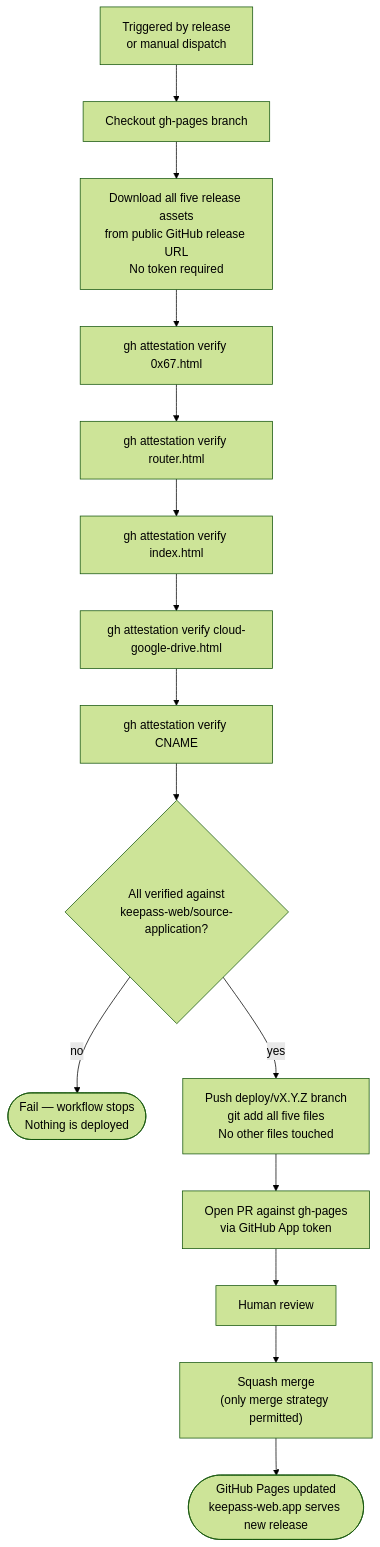
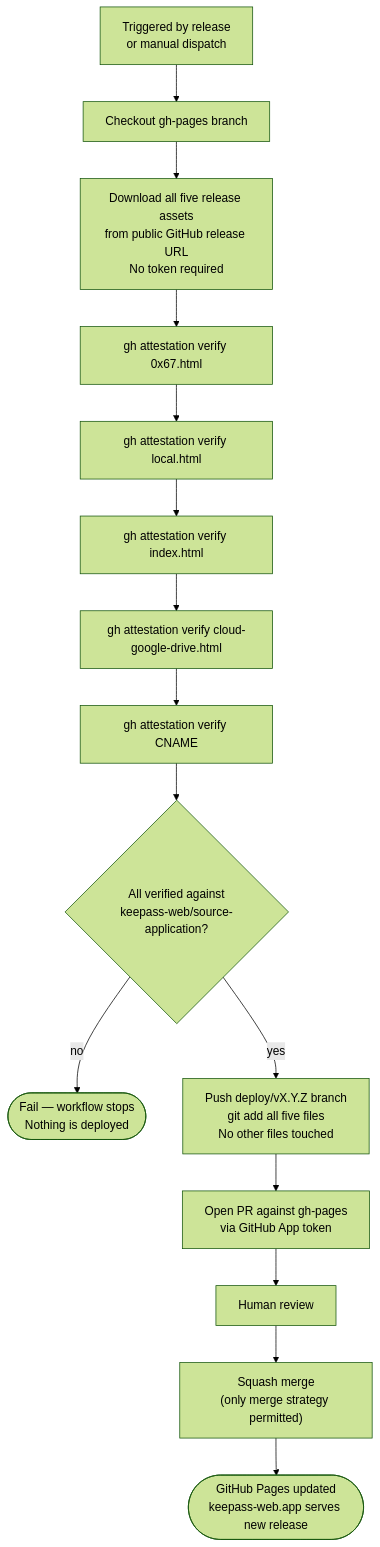
One commit to keepass-web/source-application changed the fourth of 4 diagrams in docs/PIPELINE.md. Above: the diagram before and after it, drawn with Mermaid (forest theme). The commit also changed other lines of this file and 6 other files, not shown here.

````diff
--- a/docs/PIPELINE.md
+++ b/docs/PIPELINE.md
@@ -116,18 +116,18 @@
 ```mermaid
 flowchart TD
     TRIG["Triggered by release\nor manual dispatch"]
     TRIG --> CKO2["Checkout gh-pages branch"]
     CKO2 --> DL["Download all five release assets\nfrom public GitHub release URL\nNo token required"]
     DL --> V1["gh attestation verify 0x67.html"]
-    V1 --> V2["gh attestation verify router.html"]
+    V1 --> V2["gh attestation verify local.html"]
     V2 --> V3["gh attestation verify index.html"]
     V3 --> V3b["gh attestation verify cloud-google-drive.html"]
     V3b --> V4["gh attestation verify CNAME"]
     V4 --> OK{"All verified against\nkeepass-web/source-application?"}
     OK -->|no| FAIL(["Fail — workflow stops\nNothing is deployed"])
     OK -->|yes| PUSH["Push deploy/vX.Y.Z branch\ngit add all five files\nNo other files touched"]
     PUSH --> PR["Open PR against gh-pages\nvia GitHub App token"]
     PR --> HUMAN["Human review"]
     HUMAN --> MERGE["Squash merge\n(only merge strategy permitted)"]
     MERGE --> PAGES(["GitHub Pages updated\nkeepass-web.app serves new release"])
 ```
````
